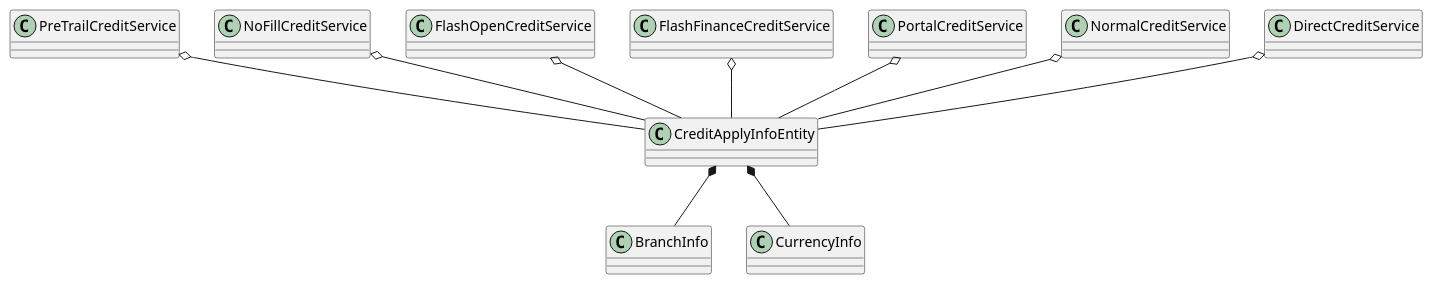
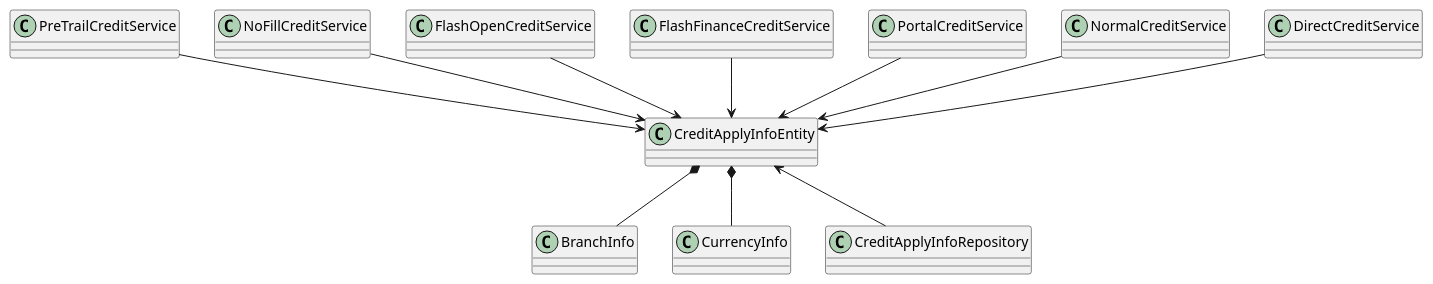
One commit to andyruohan/JavaApprentice changed the diagram in uml/sample/ddd/entiryfourLayer.puml. Above: the diagram before and after it, drawn with PlantUML. The commit also changed 2 other files, not shown here.

Commit message:
optimize three and four layer uml

```diff
--- a/uml/sample/ddd/entiryfourLayer.puml
+++ b/uml/sample/ddd/entiryfourLayer.puml
@@ -1,43 +1,48 @@
 @startuml
 'https://plantuml.com/class-diagram
 
 class PreTrailCreditService {
 }
 
 class NoFillCreditService {
 }
 
 class FlashOpenCreditService {}
 
 class FlashFinanceCreditService {}
 
 class PortalCreditService {
 }
 
 class NormalCreditService {
 }
 
 class DirectCreditService {
 }
 
 class CreditApplyInfoEntity {
 }
 
 class BranchInfo {
 }
 
 class CurrencyInfo {
 }
 
-DirectCreditService o-- CreditApplyInfoEntity
-PortalCreditService o-- CreditApplyInfoEntity
-PreTrailCreditService o-- CreditApplyInfoEntity
-NormalCreditService o-- CreditApplyInfoEntity
-NoFillCreditService o-- CreditApplyInfoEntity
-FlashOpenCreditService o-- CreditApplyInfoEntity
-FlashFinanceCreditService o-- CreditApplyInfoEntity
+class CreditApplyInfoRepository {}
+
+DirectCreditService --> CreditApplyInfoEntity
+PortalCreditService --> CreditApplyInfoEntity
+PreTrailCreditService --> CreditApplyInfoEntity
+NormalCreditService --> CreditApplyInfoEntity
+NoFillCreditService --> CreditApplyInfoEntity
+FlashOpenCreditService --> CreditApplyInfoEntity
+FlashFinanceCreditService --> CreditApplyInfoEntity
+CreditApplyInfoEntity <-- CreditApplyInfoRepository
 
 CreditApplyInfoEntity *-- CurrencyInfo
 CreditApplyInfoEntity *-- BranchInfo
 
+
+
 @enduml
```
